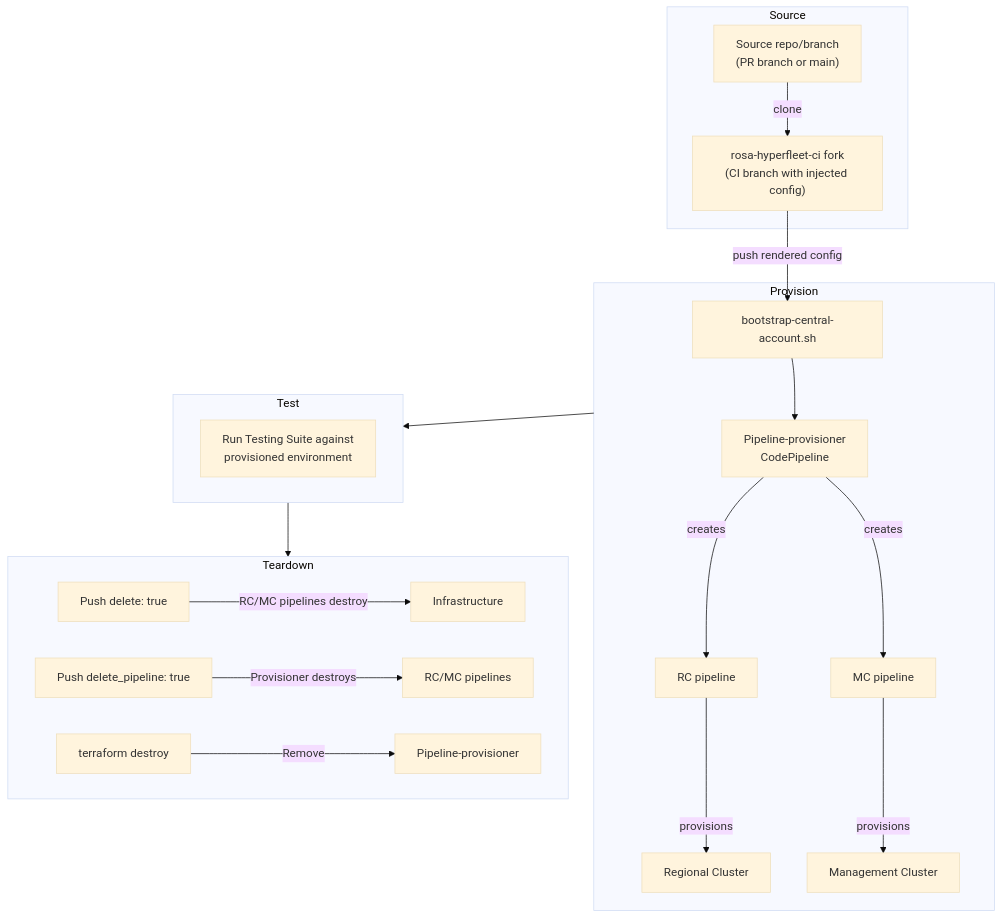
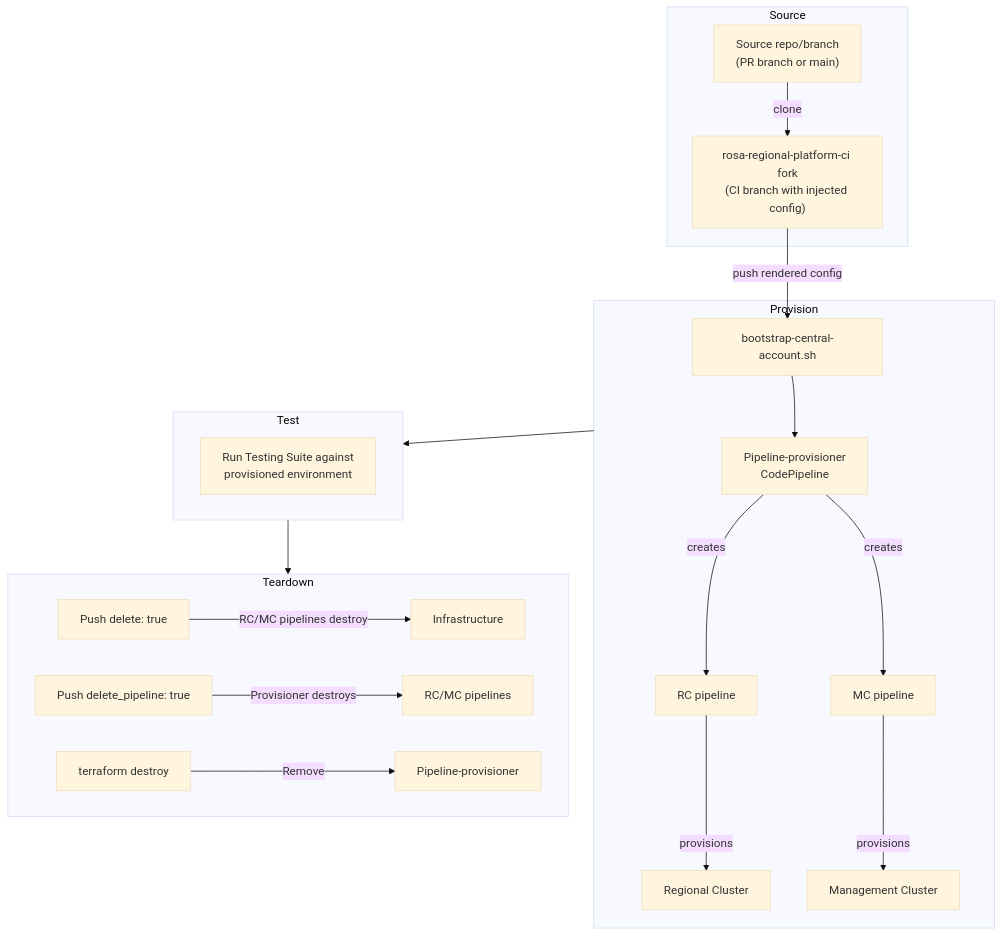
One commit to openshift-online/rosa-hyperfleet changed the fourth of 4 diagrams in docs/design/testing-strategy.md. Above: the diagram before and after it, drawn with Mermaid (base theme). The commit also changed 3 other files, not shown here.

First line of the commit message:
fix: revert rosa-regional-platform-ci username back

````diff
--- a/docs/design/testing-strategy.md
+++ b/docs/design/testing-strategy.md
@@ -120,28 +120,28 @@
 ```mermaid
 flowchart TB
     subgraph SOURCE ["Source"]
-        A["Source repo/branch<br/>(PR branch or main)"] -->|clone| B["rosa-hyperfleet-ci fork<br/>(CI branch with injected config)"]
+        A["Source repo/branch<br/>(PR branch or main)"] -->|clone| B["rosa-regional-platform-ci fork<br/>(CI branch with injected config)"]
     end
 
     B -->|push rendered config| C
 
     subgraph PROVISION ["Provision"]
         C[bootstrap-central-account.sh] --> D[Pipeline-provisioner\nCodePipeline]
         D -->|creates| E[RC pipeline] -->|provisions| F[Regional Cluster]
         D -->|creates| G[MC pipeline] -->|provisions| H[Management Cluster]
     end
 
     PROVISION --> TEST
 
     subgraph TEST ["Test"]
         I[Run Testing Suite against\nprovisioned environment]
     end
 
     TEST --> TEARDOWN
 
     subgraph TEARDOWN ["Teardown"]
         J["Push delete: true"] -->|RC/MC pipelines destroy| K[Infrastructure]
         L["Push delete_pipeline: true"] -->|Provisioner destroys| M[RC/MC pipelines]
         N[terraform destroy] -->|Remove| O[Pipeline-provisioner]
     end
 ```
````
